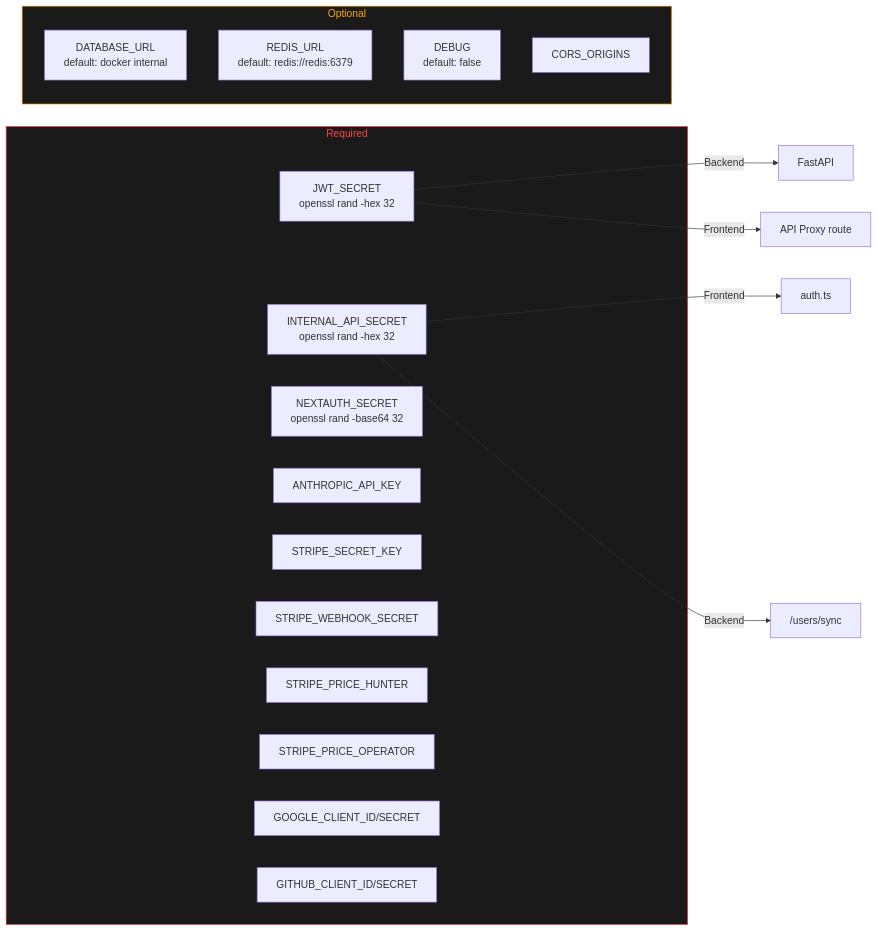
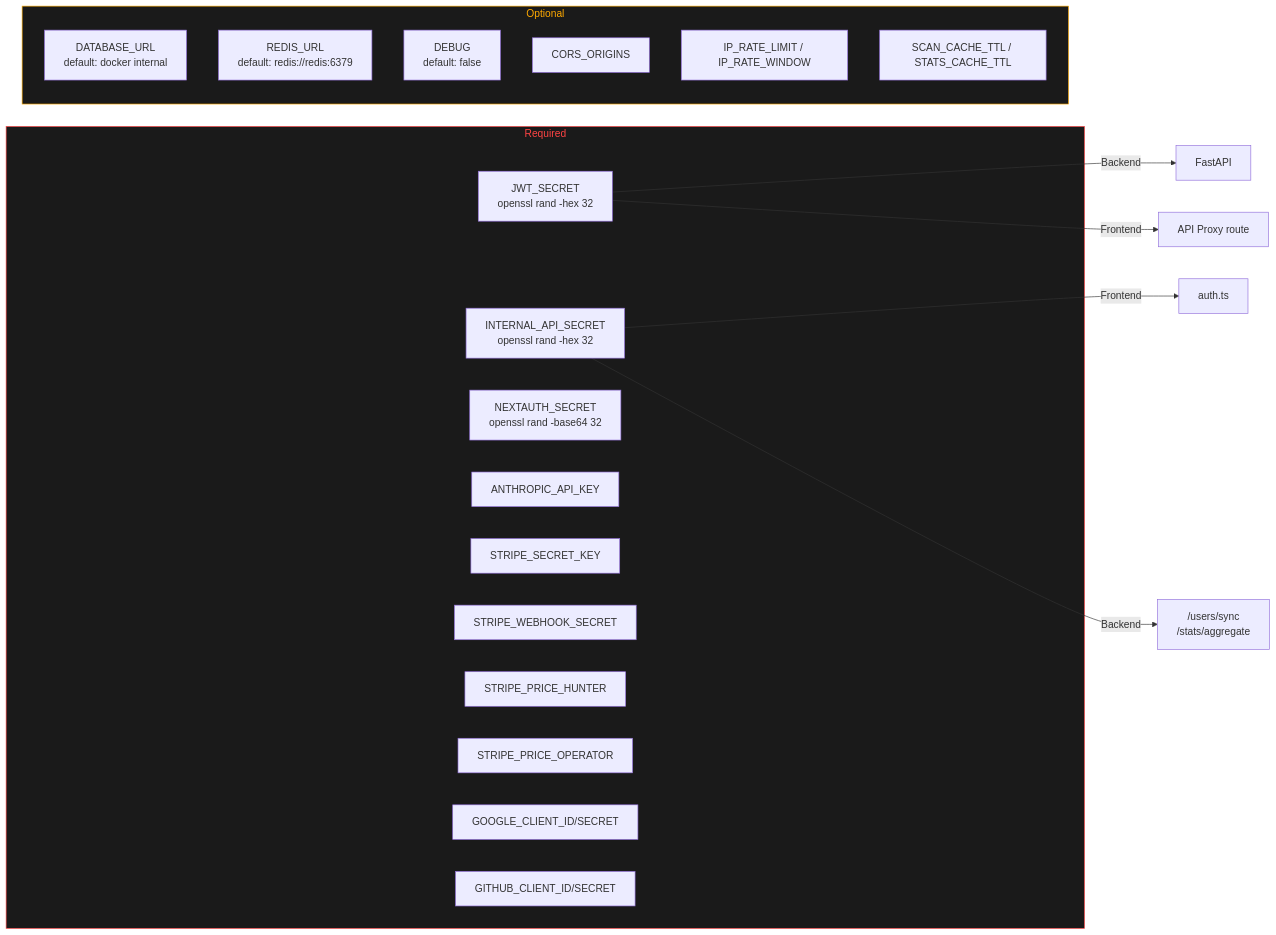
The tenth of 10 diagrams in docs/ARCHITECTURE.md (nabz0r/deadinternet.report), drawn with Mermaid before and after one commit. The commit also changed other lines of this file and 3 other files, not shown here.

````diff
--- a/docs/ARCHITECTURE.md
+++ b/docs/ARCHITECTURE.md
@@ -382,30 +491,32 @@
 ```mermaid
 graph LR
     subgraph Required["Required"]
         JWT["JWT_SECRET<br/>openssl rand -hex 32"]
         INTERNAL["INTERNAL_API_SECRET<br/>openssl rand -hex 32"]
         NEXTAUTH["NEXTAUTH_SECRET<br/>openssl rand -base64 32"]
         ANTHROPIC["ANTHROPIC_API_KEY"]
         STRIPE_SK["STRIPE_SECRET_KEY"]
         STRIPE_WH["STRIPE_WEBHOOK_SECRET"]
         STRIPE_PH["STRIPE_PRICE_HUNTER"]
         STRIPE_PO["STRIPE_PRICE_OPERATOR"]
         GOOGLE["GOOGLE_CLIENT_ID/SECRET"]
         GITHUB["GITHUB_CLIENT_ID/SECRET"]
     end
 
     subgraph Optional["Optional"]
         DB_URL["DATABASE_URL<br/>default: docker internal"]
         REDIS["REDIS_URL<br/>default: redis://redis:6379"]
         DEBUG["DEBUG<br/>default: false"]
         CORS["CORS_ORIGINS"]
+        RATE["IP_RATE_LIMIT / IP_RATE_WINDOW"]
+        CACHE["SCAN_CACHE_TTL / STATS_CACHE_TTL"]
     end
 
     JWT -->|Backend| FastAPI
     JWT -->|Frontend| Proxy["API Proxy route"]
     INTERNAL -->|Frontend| AuthTS["auth.ts"]
-    INTERNAL -->|Backend| UsersSync["/users/sync"]
+    INTERNAL -->|Backend| UsersSync["/users/sync<br/>/stats/aggregate"]
 
     style Required fill:#1a1a1a,color:#ff4444,stroke:#ff4444
     style Optional fill:#1a1a1a,color:#ffaa00,stroke:#ffaa00
 ```
````
